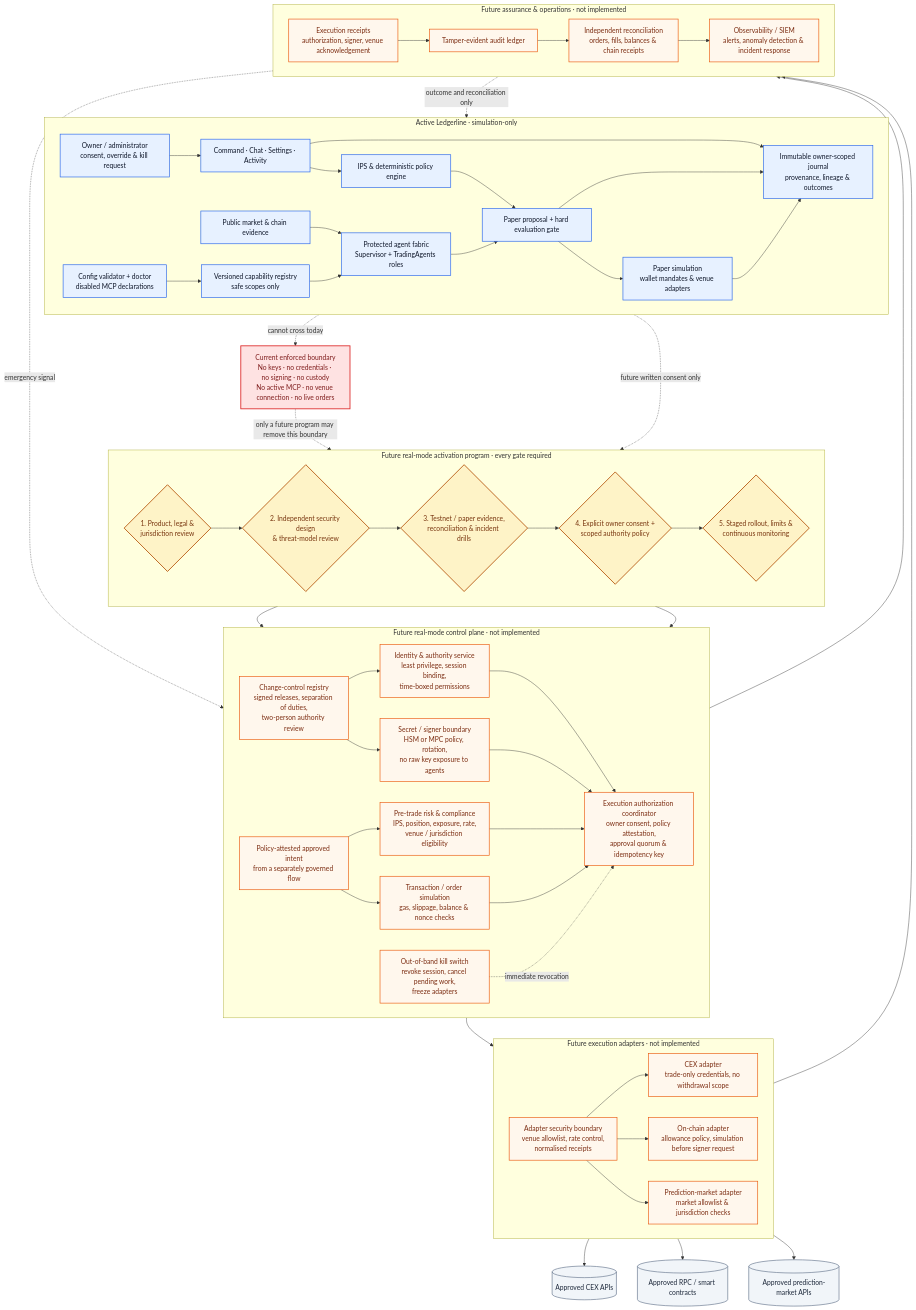
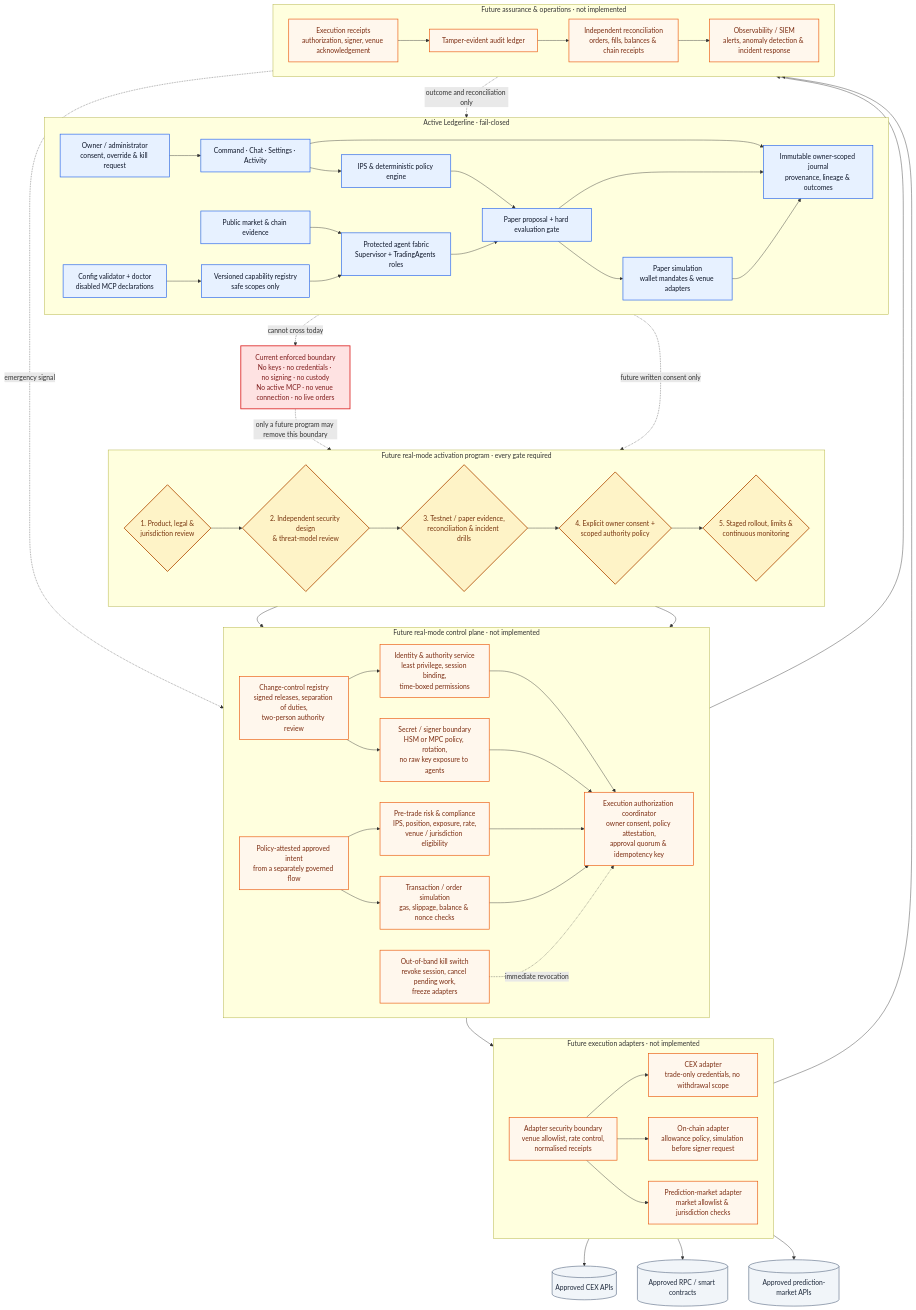
One commit to FrancKINANI/ai-investment-agent changed the diagram in docs/architecture/future-real-mode-architecture.mmd. Above: the diagram before and after it, drawn with Mermaid. The commit also changed 15 other files, not shown here.

```diff
--- a/docs/architecture/future-real-mode-architecture.mmd
+++ b/docs/architecture/future-real-mode-architecture.mmd
@@ -1,70 +1,70 @@
 flowchart TB
   classDef active fill:#e7f1ff,stroke:#2563eb,color:#0f172a,stroke-width:1.5px;
   classDef future fill:#fff7ed,stroke:#ea580c,color:#7c2d12,stroke-width:1.5px;
   classDef gate fill:#fef3c7,stroke:#b45309,color:#78350f,stroke-width:2px;
   classDef external fill:#f1f5f9,stroke:#64748b,color:#1e293b,stroke-width:1.5px;
   classDef blocked fill:#fee2e2,stroke:#dc2626,color:#7f1d1d,stroke-width:2px;
 
-  subgraph NOW[Active Ledgerline · simulation-only]
+  subgraph NOW[Active Ledgerline · fail-closed]
     direction LR
     Owner[Owner / administrator<br/>consent, override & kill request]:::active --> UX[Command · Chat · Settings · Activity]:::active
     Doctor[Config validator + doctor<br/>disabled MCP declarations]:::active --> Registry[Versioned capability registry<br/>safe scopes only]:::active
     Evidence[Public market & chain evidence]:::active --> Fabric[Protected agent fabric<br/>Supervisor + TradingAgents roles]:::active
     UX --> Policy[IPS & deterministic policy engine]:::active
     Registry --> Fabric
     Policy --> Proposal[Paper proposal + hard evaluation gate]:::active
     Fabric --> Proposal
     Proposal --> Simulation[Paper simulation<br/>wallet mandates & venue adapters]:::active
     UX --> Journal[Immutable owner-scoped journal<br/>provenance, lineage & outcomes]:::active
     Proposal --> Journal
     Simulation --> Journal
   end
 
   Boundary[Current enforced boundary<br/>No keys · no credentials · no signing · no custody<br/>No active MCP · no venue connection · no live orders]:::blocked
   Simulation -. cannot cross today .-> Boundary
 
   subgraph ACTIVATION[Future real-mode activation program · every gate required]
     direction LR
     Gate1{1. Product, legal &<br/>jurisdiction review}:::gate --> Gate2{2. Independent security design<br/>& threat-model review}:::gate --> Gate3{3. Testnet / paper evidence,<br/>reconciliation & incident drills}:::gate --> Gate4{4. Explicit owner consent +<br/>scoped authority policy}:::gate --> Gate5{5. Staged rollout, limits &<br/>continuous monitoring}:::gate
   end
 
   Boundary -. only a future program may remove this boundary .-> Gate1
 
   subgraph CONTROL[Future real-mode control plane · not implemented]
     direction LR
     Change[Change-control registry<br/>signed releases, separation of duties,<br/>two-person authority review]:::future --> IAM[Identity & authority service<br/>least privilege, session binding,<br/>time-boxed permissions]:::future
     Change --> Secrets[Secret / signer boundary<br/>HSM or MPC policy, rotation,<br/>no raw key exposure to agents]:::future
     FuturePolicy[Policy-attested approved intent<br/>from a separately governed flow]:::future --> Risk[Pre-trade risk & compliance<br/>IPS, position, exposure, rate,<br/>venue / jurisdiction eligibility]:::future
     FuturePolicy --> Sandbox[Transaction / order simulation<br/>gas, slippage, balance & nonce checks]:::future
     IAM --> Authz[Execution authorization coordinator<br/>owner consent, policy attestation,<br/>approval quorum & idempotency key]:::future
     Secrets --> Authz
     Risk --> Authz
     Sandbox --> Authz
     Kill[Out-of-band kill switch<br/>revoke session, cancel pending work,<br/>freeze adapters]:::future -. immediate revocation .-> Authz
   end
 
   Gate5 --> Change
   Gate5 --> FuturePolicy
   Owner -. future written consent only .-> Gate4
 
   subgraph ADAPTERS[Future execution adapters · not implemented]
     direction LR
     Broker[Adapter security boundary<br/>venue allowlist, rate control,<br/>normalised receipts]:::future --> CEX[CEX adapter<br/>trade-only credentials, no withdrawal scope]:::future
     Broker --> Chain[On-chain adapter<br/>allowance policy, simulation before signer request]:::future
     Broker --> Predict[Prediction-market adapter<br/>market allowlist & jurisdiction checks]:::future
   end
 
   Authz --> Broker
   CEX --> CEXVenue[(Approved CEX APIs)]:::external
   Chain --> RPC[(Approved RPC / smart contracts)]:::external
   Predict --> PMVenue[(Approved prediction-market APIs)]:::external
 
   subgraph ASSURANCE[Future assurance & operations · not implemented]
     direction LR
     Receipts[Execution receipts<br/>authorization, signer, venue acknowledgement]:::future --> Audit[Tamper-evident audit ledger]:::future --> Recon[Independent reconciliation<br/>orders, fills, balances & chain receipts]:::future --> Monitor[Observability / SIEM<br/>alerts, anomaly detection & incident response]:::future
   end
 
   Broker --> Receipts
   Authz --> Receipts
   Monitor -. emergency signal .-> Kill
   Recon -. outcome and reconciliation only .-> Journal
```
